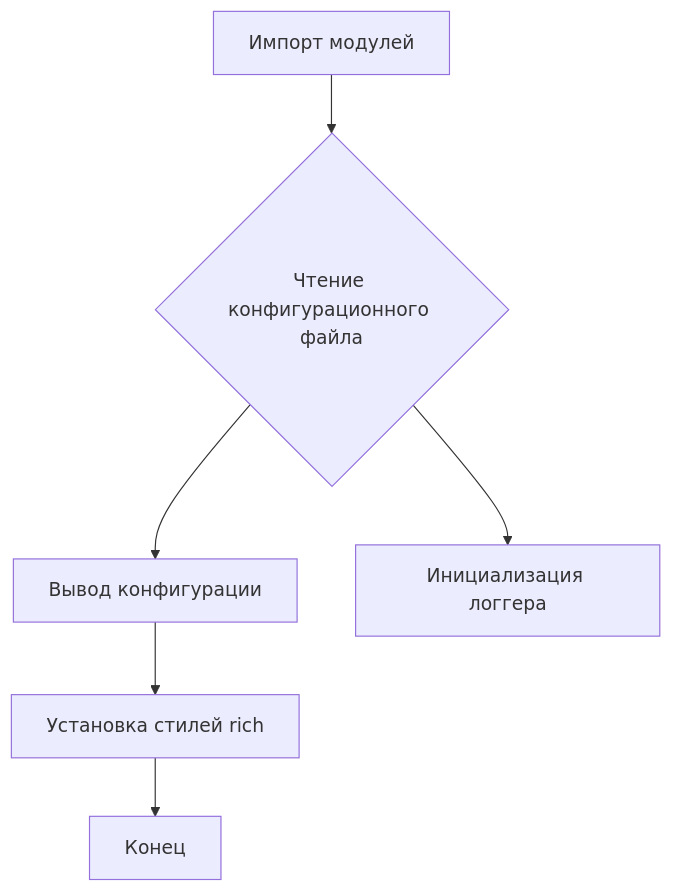
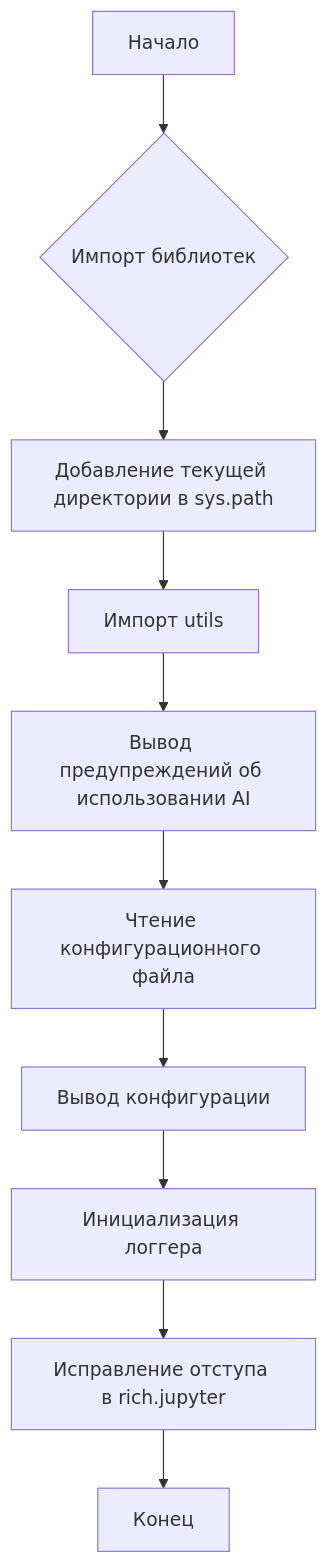
The first of 2 diagrams in docs/gemini/ru/explainer/src/ai/tiny_troupe/TinyTroupe/tinytroupe/__init__.md (hypo69/hypo), drawn with Mermaid before and after one commit. The commit also changed other lines of this file and 632 other files, not shown here.

````diff
--- a/docs/gemini/ru/explainer/src/ai/tiny_troupe/TinyTroupe/tinytroupe/__init__.md
+++ b/docs/gemini/ru/explainer/src/ai/tiny_troupe/TinyTroupe/tinytroupe/__init__.md
@@ -38,8 +40,12 @@
 ```mermaid
 graph TD
-    A[Импорт модулей] --> B{Чтение конфигурационного файла};
-    B --> C[Вывод конфигурации];
-    B --> D[Инициализация логгера];
-    C --> E[Установка стилей rich];
-    E --> F[Конец];
+    A[Начало] --> B{Импорт библиотек};
+    B --> C[Добавление текущей директории в sys.path];
+    C --> D[Импорт utils];
+    D --> E[Вывод предупреждений об использовании AI];
+    E --> F[Чтение конфигурационного файла];
+    F --> G[Вывод конфигурации];
+    G --> H[Инициализация логгера];
+    H --> I[Исправление отступа в rich.jupyter];
+    I --> J[Конец];
 ```
````
